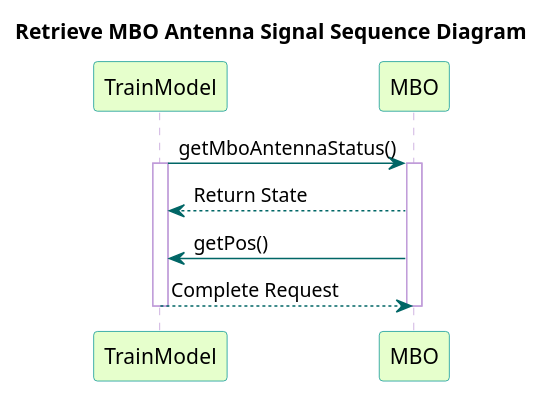
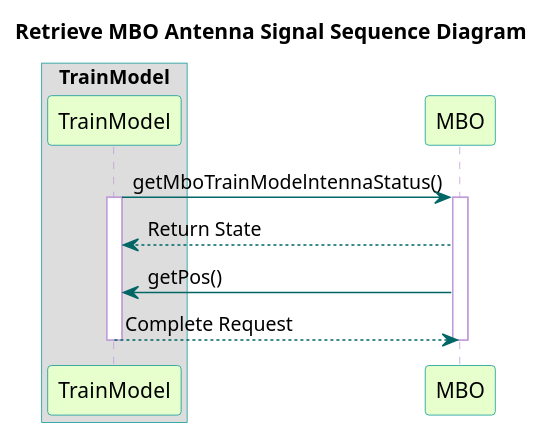
The diagram in TrainSystem/yUML/Sequence Diagrams/TrainModel/RetrieveMBOSeqDiagram.puml (kevingilboy/COE1186), drawn with PlantUML before and after one commit. The commit also changed 7 other files, not shown here.

First line of the commit message:
Updated Sequence diagrams

```diff
--- a/TrainSystem/yUML/Sequence Diagrams/TrainModel/RetrieveMBOSeqDiagram.puml
+++ b/TrainSystem/yUML/Sequence Diagrams/TrainModel/RetrieveMBOSeqDiagram.puml
@@ -1,30 +1,33 @@
 @startuml
 
 title Retrieve MBO Antenna Signal Sequence Diagram
 
 skinparam sequence {
   BackgroundColor transparent
   ParticipantBackgroundColor #e6ffcc
   ParticipantBorderColor 	#049595
+  BoxBorderColor #049595
   PackageBorderCOlor  #049595
   ArrowColor #006666
   LifeLineBorderColor #c09cd9
 }
 
-participant "TrainModel" as A
-participant "MBO" as B
+box "TrainModel"
+participant TrainModel
+end box
+participant MBO
 
 
-A -> B : getMboAntennaStatus()
-activate A
-activate B
+TrainModel -> MBO : getMboTrainModelntennaStatus()
+activate TrainModel
+activate MBO
 
-B --> A : Return State
+MBO--> TrainModel : Return State
 
-B -> A : getPos()
+MBO-> TrainModel : getPos()
 
-A --> B : Complete Request
-deactivate A
-deactivate B
+TrainModel --> MBO: Complete Request
+deactivate TrainModel
+deactivate MBO
 
 @enduml
```
